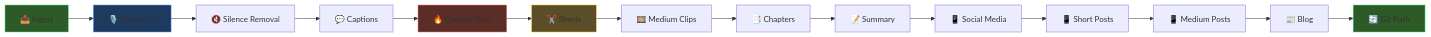
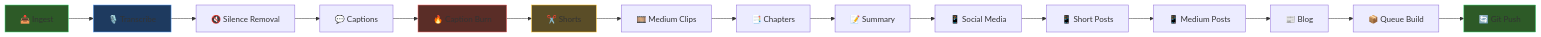
One commit to htekdev/vidpipe changed the first of 2 diagrams in README.md. Above: the diagram before and after it, drawn with Mermaid. The commit also changed other lines of this file and 3 other files, not shown here.

First line of the commit message:
docs: update pipeline diagrams and scheduling debug guide

````diff
--- a/README.md
+++ b/README.md
@@ -213,22 +213,23 @@
 ```mermaid
 graph LR
     A[📥 Ingest] --> B[🎙️ Transcribe]
     B --> C[🔇 Silence Removal]
     C --> D[💬 Captions]
     D --> E[🔥 Caption Burn]
     E --> F[✂️ Shorts]
     F --> G[🎞️ Medium Clips]
     G --> H[📑 Chapters]
     H --> I[📝 Summary]
     I --> J[📱 Social Media]
     J --> K[📱 Short Posts]
     K --> L[📱 Medium Posts]
     L --> M[📰 Blog]
-    M --> N[🔄 Git Push]
+    M --> N[📦 Queue Build]
+    N --> O[🔄 Git Push]
 
     style A fill:#2d5a27,stroke:#4ade80
     style B fill:#1e3a5f,stroke:#60a5fa
     style E fill:#5a2d27,stroke:#f87171
     style F fill:#5a4d27,stroke:#fbbf24
-    style N fill:#2d5a27,stroke:#4ade80
+    style O fill:#2d5a27,stroke:#4ade80
 ```
````
